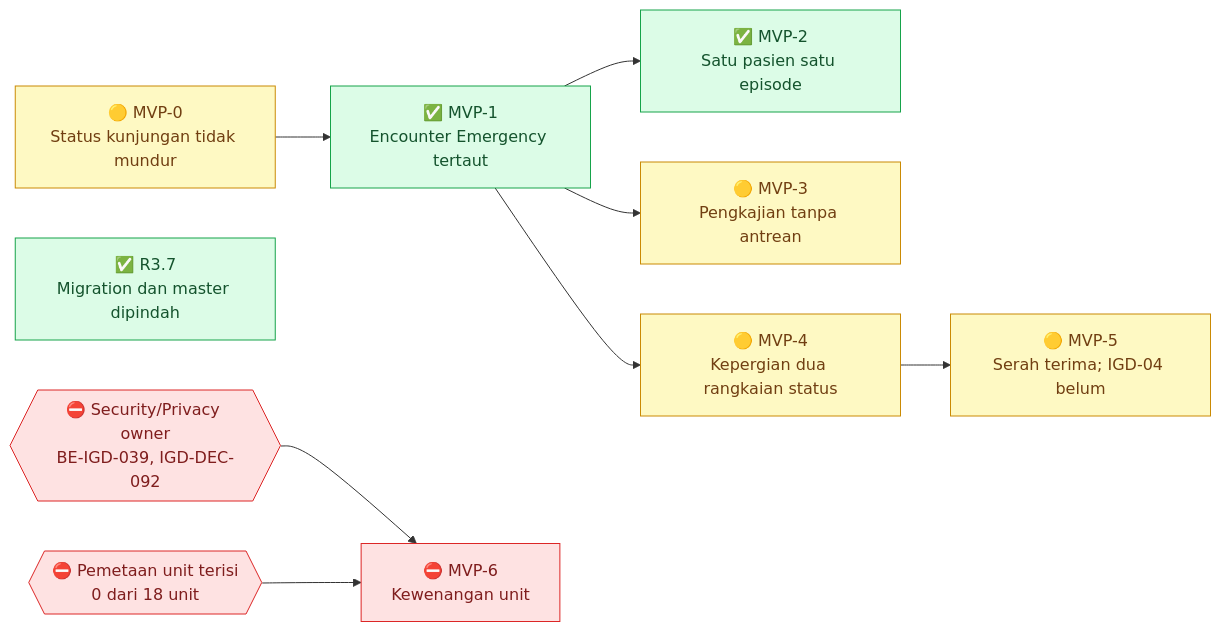
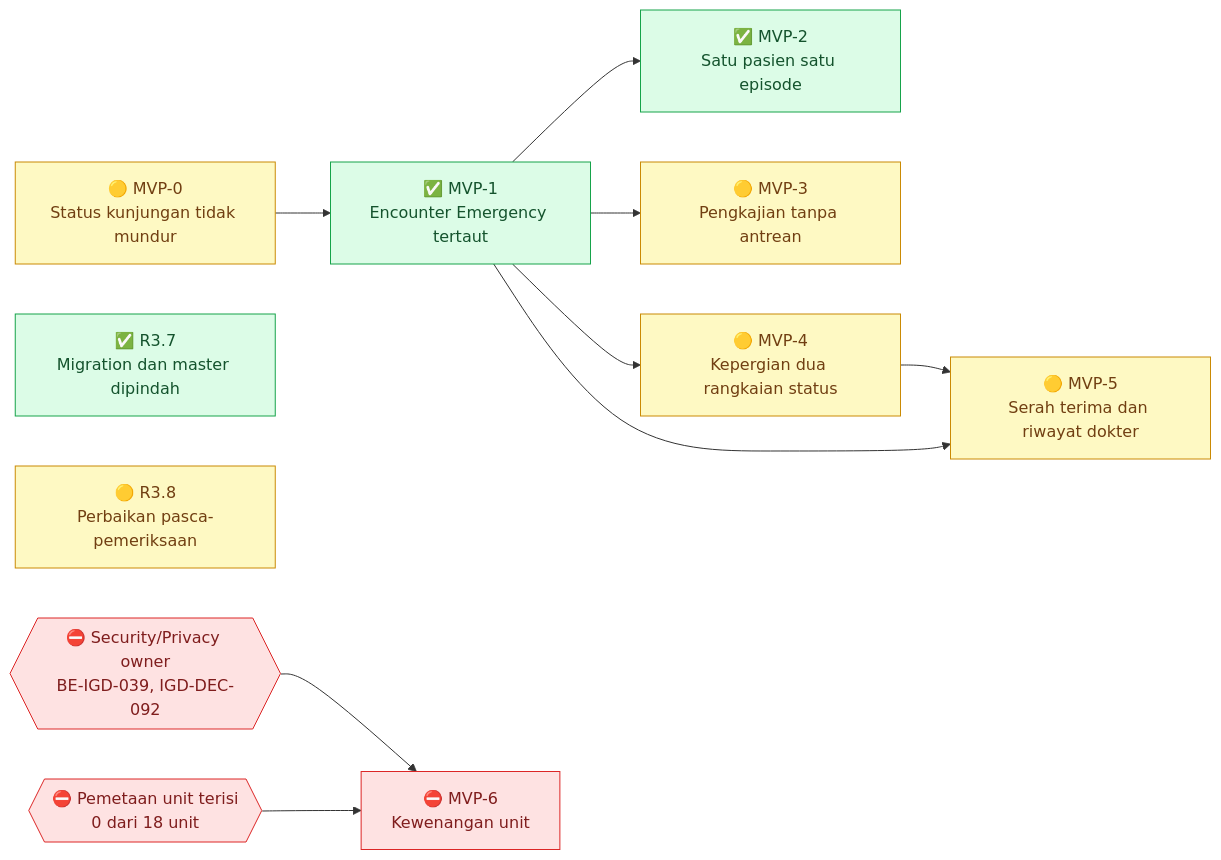
The first of 7 diagrams in docs/module-blueprints/igd/roadmap/backend-roadmap.md (DevBenari/NewQuilvianSystemBackend), drawn with Mermaid before and after one commit. The commit also changed other lines of this file and 19 other files, not shown here.

````diff
--- a/docs/module-blueprints/igd/roadmap/backend-roadmap.md
+++ b/docs/module-blueprints/igd/roadmap/backend-roadmap.md
@@ -85,27 +86,29 @@
 ```mermaid
 flowchart LR
     classDef selesai fill:#DCFCE7,stroke:#16A34A,color:#14532D
     classDef sebagian fill:#FEF9C3,stroke:#CA8A04,color:#713F12
     classDef terblokir fill:#FEE2E2,stroke:#DC2626,color:#7F1D1D
     classDef belum fill:#F1F5F9,stroke:#64748B,color:#0F172A
     classDef luar fill:#EDE9FE,stroke:#7C3AED,color:#3B0764
 
     MVP0["🟡 MVP-0<br/>Status kunjungan tidak mundur"]:::sebagian
     MVP1["✅ MVP-1<br/>Encounter Emergency tertaut"]:::selesai
     MVP2["✅ MVP-2<br/>Satu pasien satu episode"]:::selesai
     MVP3["🟡 MVP-3<br/>Pengkajian tanpa antrean"]:::sebagian
     MVP4["🟡 MVP-4<br/>Kepergian dua rangkaian status"]:::sebagian
-    MVP5["🟡 MVP-5<br/>Serah terima; IGD-04 belum"]:::sebagian
+    MVP5["🟡 MVP-5<br/>Serah terima dan riwayat dokter"]:::sebagian
     R37["✅ R3.7<br/>Migration dan master dipindah"]:::selesai
+    R38["🟡 R3.8<br/>Perbaikan pasca-pemeriksaan"]:::sebagian
     MVP6["⛔ MVP-6<br/>Kewenangan unit"]:::terblokir
     SEC{{"⛔ Security/Privacy owner<br/>BE-IGD-039, IGD-DEC-092"}}:::terblokir
     MAP{{"⛔ Pemetaan unit terisi<br/>0 dari 18 unit"}}:::terblokir
 
     MVP0 --> MVP1
     MVP1 --> MVP2
     MVP1 --> MVP3
     MVP1 --> MVP4
     MVP4 --> MVP5
+    MVP1 --> MVP5
     SEC --> MVP6
     MAP --> MVP6
 ```
````
